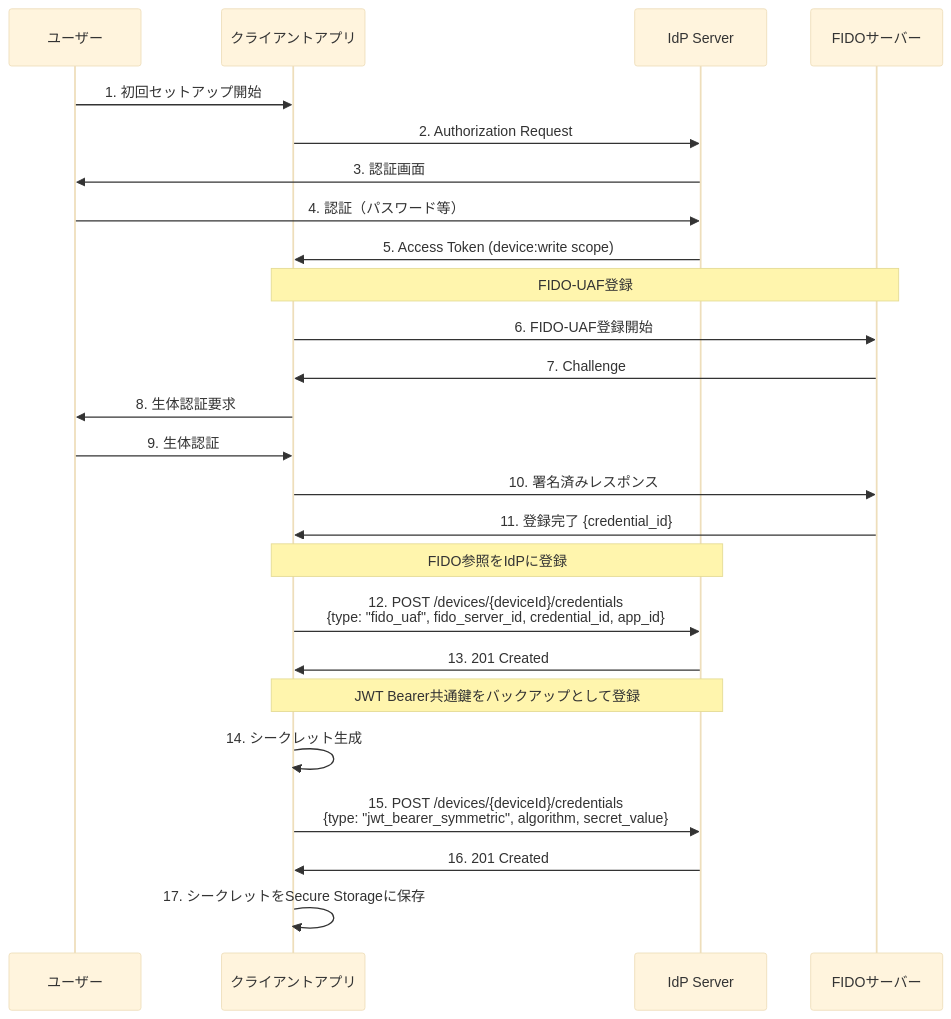
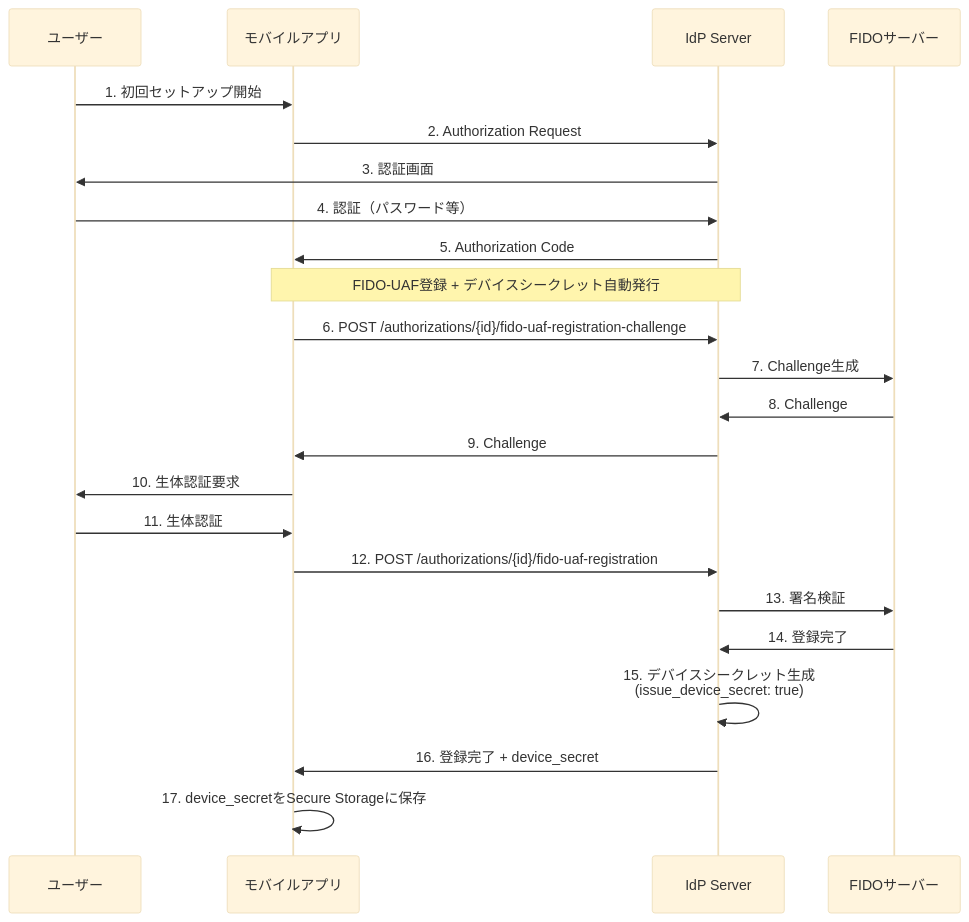
The first of 2 diagrams in documentation/docs/content_03_concepts/03-authentication-authorization/concept-10-device-credential.md (hirokazu-kobayashi-koba-hiro/idp-server), drawn with Mermaid (base theme) before and after one commit. The commit also changed other lines of this file and 9 other files, not shown here.

First line of the commit message:
feat: add device secret auto-issuance on FIDO-UAF registration

````diff
--- a/documentation/docs/content_03_concepts/03-authentication-authorization/concept-10-device-credential.md
+++ b/documentation/docs/content_03_concepts/03-authentication-authorization/concept-10-device-credential.md
@@ -290,32 +65,28 @@
 ```mermaid
 sequenceDiagram
     participant User as ユーザー
-    participant App as クライアントアプリ
+    participant App as モバイルアプリ
     participant IdP as IdP Server
     participant FIDO as FIDOサーバー
 
     User->>App: 1. 初回セットアップ開始
     App->>IdP: 2. Authorization Request
     IdP->>User: 3. 認証画面
     User->>IdP: 4. 認証（パスワード等）
-    IdP->>App: 5. Access Token (device:write scope)
+    IdP->>App: 5. Authorization Code
 
-    Note over App, FIDO: FIDO-UAF登録
-    App->>FIDO: 6. FIDO-UAF登録開始
-    FIDO->>App: 7. Challenge
-    App->>User: 8. 生体認証要求
-    User->>App: 9. 生体認証
-    App->>FIDO: 10. 署名済みレスポンス
-    FIDO->>App: 11. 登録完了 {credential_id}
+    Note over App, IdP: FIDO-UAF登録 + デバイスシークレット自動発行
+    App->>IdP: 6. POST /authorizations/{id}/fido-uaf-registration-challenge
+    IdP->>FIDO: 7. Challenge生成
+    FIDO->>IdP: 8. Challenge
+    IdP->>App: 9. Challenge
+    App->>User: 10. 生体認証要求
+    User->>App: 11. 生体認証
+    App->>IdP: 12. POST /authorizations/{id}/fido-uaf-registration
+    IdP->>FIDO: 13. 署名検証
+    FIDO->>IdP: 14. 登録完了
+    IdP->>IdP: 15. デバイスシークレット生成<br/>(issue_device_secret: true)
+    IdP->>App: 16. 登録完了 + device_secret
 
-    Note over App, IdP: FIDO参照をIdPに登録
-    App->>IdP: 12. POST /devices/{deviceId}/credentials<br/>{type: "fido_uaf", fido_server_id, credential_id, app_id}
-    IdP->>App: 13. 201 Created
-
-    Note over App, IdP: JWT Bearer共通鍵をバックアップとして登録
-    App->>App: 14. シークレット生成
-    App->>IdP: 15. POST /devices/{deviceId}/credentials<br/>{type: "jwt_bearer_symmetric", algorithm, secret_value}
-    IdP->>App: 16. 201 Created
-
-    App->>App: 17. シークレットをSecure Storageに保存
+    App->>App: 17. device_secretをSecure Storageに保存
 ```
````
